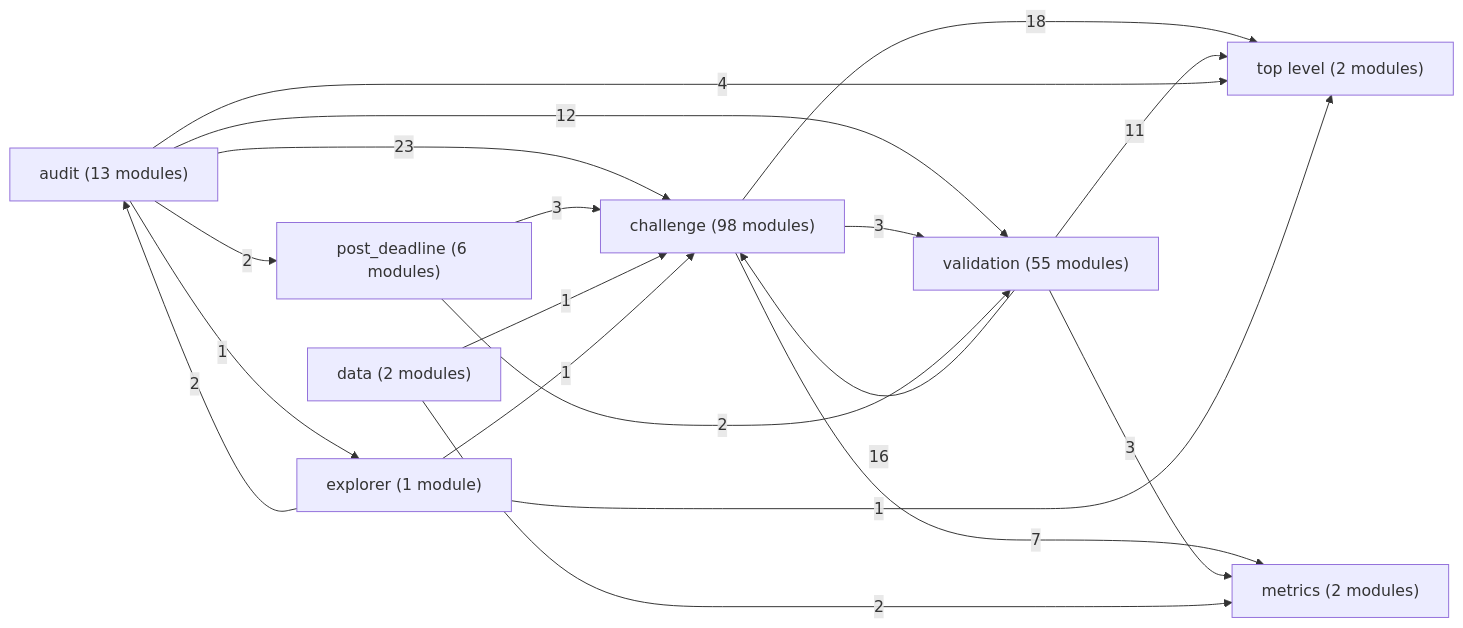
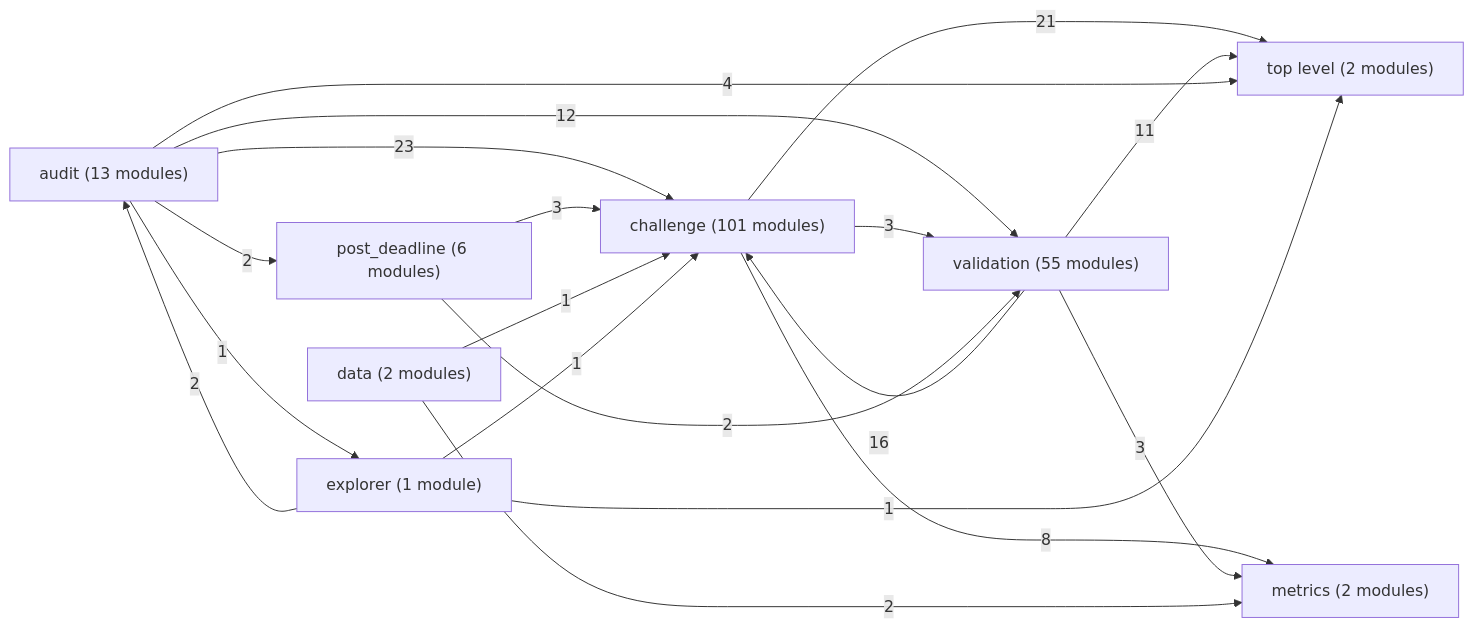
The diagram in docs/map/code.md (mohamedtalaat-gif/CYPMode), drawn with Mermaid before and after one commit. The commit also changed other lines of this file and 55 other files, not shown here.

````diff
--- a/docs/map/code.md
+++ b/docs/map/code.md
@@ -5,29 +5,29 @@
 ```mermaid
 flowchart LR
-  challenge["challenge (98 modules)"]
+  challenge["challenge (101 modules)"]
   validation["validation (55 modules)"]
   audit["audit (13 modules)"]
   post_deadline["post_deadline (6 modules)"]
   data["data (2 modules)"]
   metrics["metrics (2 modules)"]
   top_level["top level (2 modules)"]
   explorer["explorer (1 module)"]
   audit -->|23| challenge
-  challenge -->|18| top_level
+  challenge -->|21| top_level
   validation -->|16| challenge
   audit -->|12| validation
   validation -->|11| top_level
-  challenge -->|7| metrics
+  challenge -->|8| metrics
   audit -->|4| top_level
   challenge -->|3| validation
   post_deadline -->|3| challenge
   validation -->|3| metrics
   audit -->|2| post_deadline
   data -->|2| metrics
   explorer -->|2| audit
   post_deadline -->|2| validation
   audit -->|1| explorer
   data -->|1| challenge
   explorer -->|1| challenge
   explorer -->|1| top_level
 ```
````
